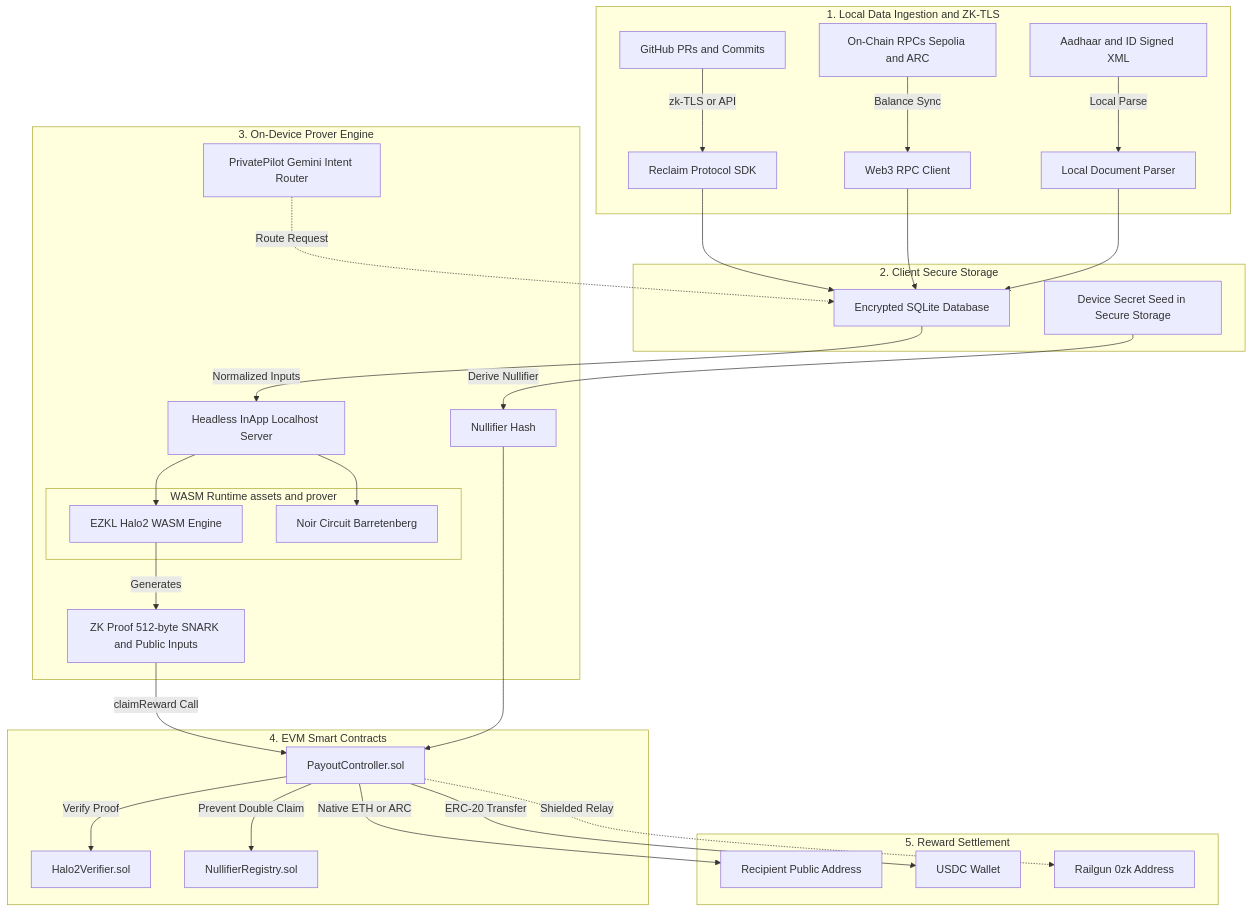
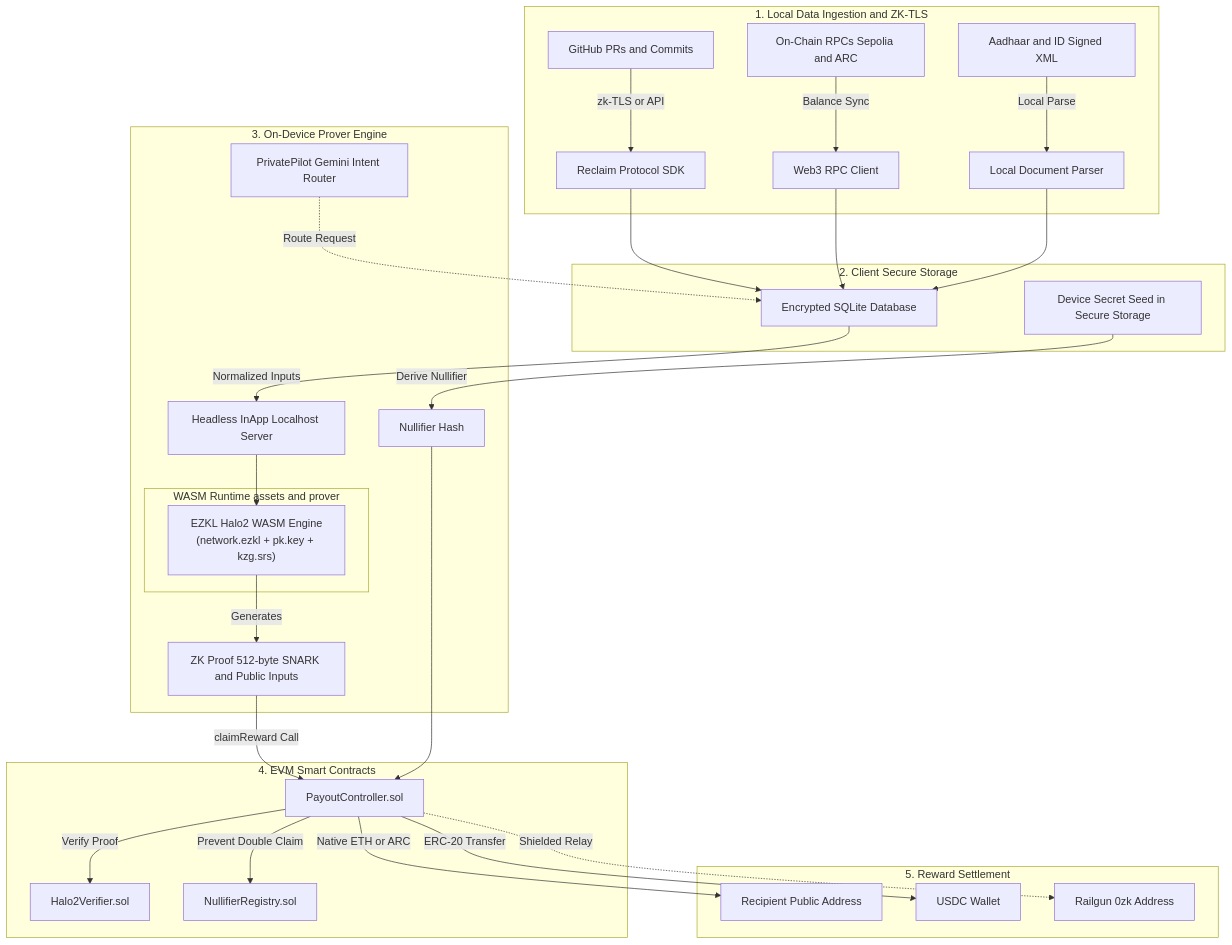
The first of 2 diagrams in README.md (palpatel224/Veil), drawn with Mermaid before and after one commit. The commit also changed other lines of this file, not shown here.

````diff
--- a/README.md
+++ b/README.md
@@ -23,43 +23,41 @@
 ```mermaid
 flowchart TB
     subgraph Layer1["1. Local Data Ingestion and ZK-TLS"]
         GH["GitHub PRs and Commits"] -->|zk-TLS or API| REC["Reclaim Protocol SDK"]
         RPC["On-Chain RPCs Sepolia and ARC"] -->|Balance Sync| WAL["Web3 RPC Client"]
         GOV["Aadhaar and ID Signed XML"] -->|Local Parse| DOC["Local Document Parser"]
     end
 
     subgraph Layer2["2. Client Secure Storage"]
         REC --> ENCLAVE["Encrypted SQLite Database"]
         WAL --> ENCLAVE
         DOC --> ENCLAVE
         SECRET["Device Secret Seed in Secure Storage"]
     end
 
     subgraph Layer3["3. On-Device Prover Engine"]
         PILOT["PrivatePilot Gemini Intent Router"] -.->|Route Request| ENCLAVE
         ENCLAVE -->|Normalized Inputs| PROVER["Headless InApp Localhost Server"]
         
         subgraph WASM_Engine["WASM Runtime assets and prover"]
-            EZKL["EZKL Halo2 WASM Engine"]
-            NOIR["Noir Circuit Barretenberg"]
+            EZKL["EZKL Halo2 WASM Engine\n(network.ezkl + pk.key + kzg.srs)"]
         end
         PROVER --> EZKL
-        PROVER --> NOIR
         EZKL -->|Generates| PROOF["ZK Proof 512-byte SNARK and Public Inputs"]
         SECRET -->|Derive Nullifier| NULLIFIER["Nullifier Hash"]
     end
 
     subgraph Layer4["4. EVM Smart Contracts"]
         PROOF -->|claimReward Call| PAYOUT["PayoutController.sol"]
         NULLIFIER --> PAYOUT
         
         PAYOUT -->|Verify Proof| VERIFIER["Halo2Verifier.sol"]
         PAYOUT -->|Prevent Double Claim| NULL_REG["NullifierRegistry.sol"]
     end
 
     subgraph Layer5["5. Reward Settlement"]
         PAYOUT -->|Native ETH or ARC| USER_ETH["Recipient Public Address"]
         PAYOUT -->|ERC-20 Transfer| USER_USDC["USDC Wallet"]
         PAYOUT -.->|Shielded Relay| RAILGUN["Railgun 0zk Address"]
     end
 ```
````
